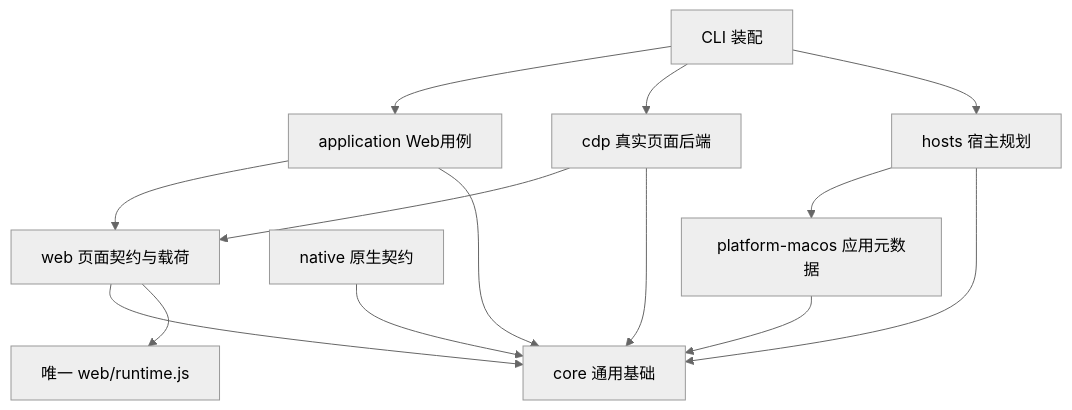
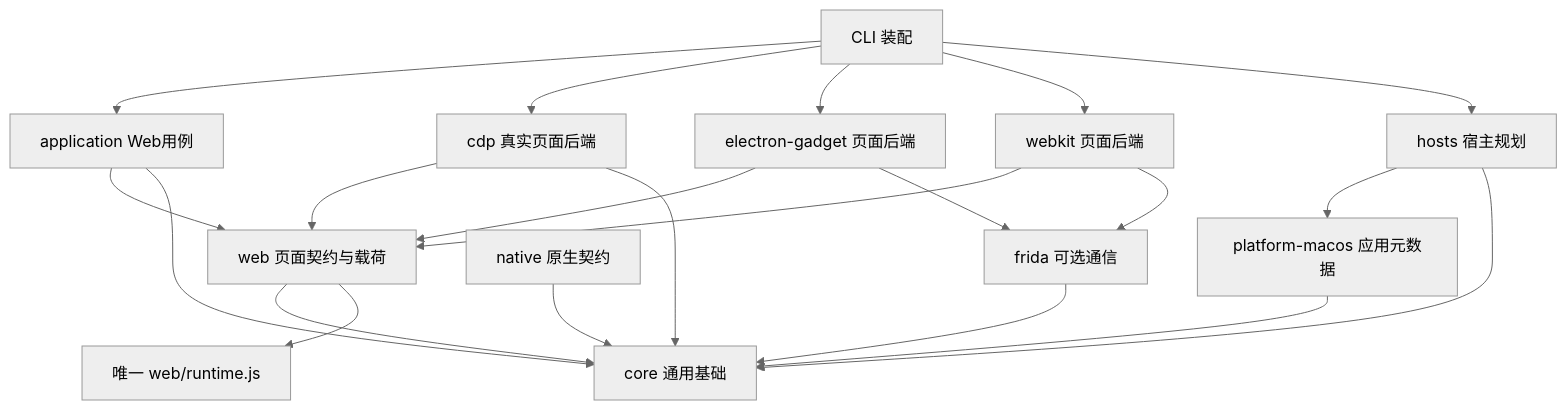
One commit to sqmw/injectra changed the diagram in docs/architecture/boundaries.md. Above: the diagram before and after it, drawn with Mermaid (neutral theme). The commit also changed other lines of this file and 40 other files, not shown here.

````diff
--- a/docs/architecture/boundaries.md
+++ b/docs/architecture/boundaries.md
@@ -9,16 +9,23 @@
 ```mermaid
 flowchart TD
   CLI[CLI 装配] --> APP[application Web用例]
   CLI --> CDP[cdp 真实页面后端]
+  CLI --> EG[electron-gadget 页面后端]
+  CLI --> WK[webkit 页面后端]
+  EG --> WEB
+  WK --> WEB
+  EG --> FRIDA[frida 可选通信]
+  WK --> FRIDA
+  FRIDA --> CORE
   CLI --> HOST[hosts 宿主规划]
   APP --> WEB[web 页面契约与载荷]
   CDP --> WEB
   WEB --> CORE[core 通用基础]
   APP --> CORE
   CDP --> CORE
   NATIVE[native 原生契约] --> CORE
   HOST --> MAC[platform-macos 应用元数据]
   HOST --> CORE
   MAC --> CORE
   WEB --> JS[唯一 web/runtime.js]
 ```
````
